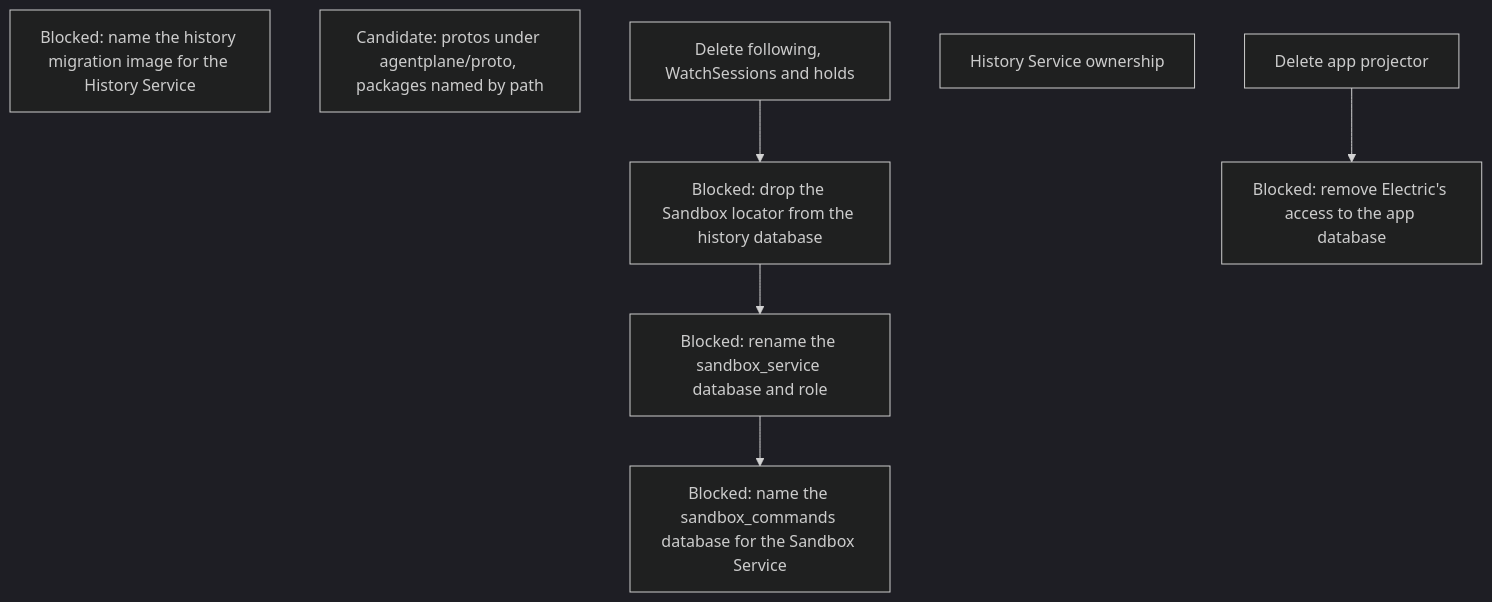
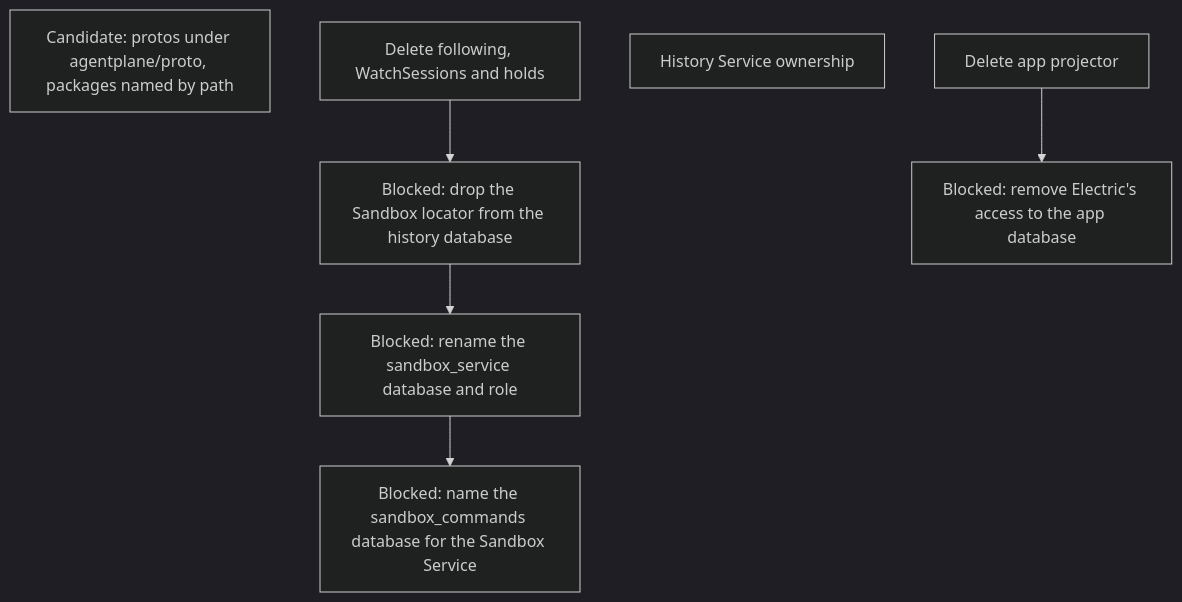
One commit to agentydragon-agent/ducktape changed the tenth of 12 diagrams in agentplane/plans/task_dag.md. Above: the diagram before and after it, drawn with Mermaid (dark theme). The commit also changed other lines of this file and 9 other files, not shown here.

First line of the commit message:
agentplane: History Service init container pulls agentplane-history-migrate (#9948)

````diff
--- a/agentplane/plans/task_dag.md
+++ b/agentplane/plans/task_dag.md
@@ -738,15 +738,14 @@
 ```mermaid
 flowchart TD
     HISTORY_SANDBOX_LOCATOR_DROP[Blocked: drop the Sandbox locator from the history database]
-    HISTORY_MIGRATE_IMAGE_RENAME[Blocked: name the history migration image for the History Service]
     HISTORY_DATABASE_RENAME[Blocked: rename the sandbox_service database and role]
     SANDBOX_DATABASE_RENAME[Blocked: name the sandbox_commands database for the Sandbox Service]
     APP_ELECTRIC_RETIRE[Blocked: remove Electric's access to the app database]
     PROTO_DIRECTORY[Candidate: protos under agentplane/proto, packages named by path]
     APP_PROJECTOR_RETIRE[Delete app projector]
     HISTORY_SERVICE_OWNERSHIP[History Service ownership]
     FOLLOW_PATH_RETIRE[Delete following, WatchSessions and holds] --> HISTORY_SANDBOX_LOCATOR_DROP
     HISTORY_SANDBOX_LOCATOR_DROP --> HISTORY_DATABASE_RENAME
     HISTORY_DATABASE_RENAME --> SANDBOX_DATABASE_RENAME
     APP_PROJECTOR_RETIRE --> APP_ELECTRIC_RETIRE
 ```
````
